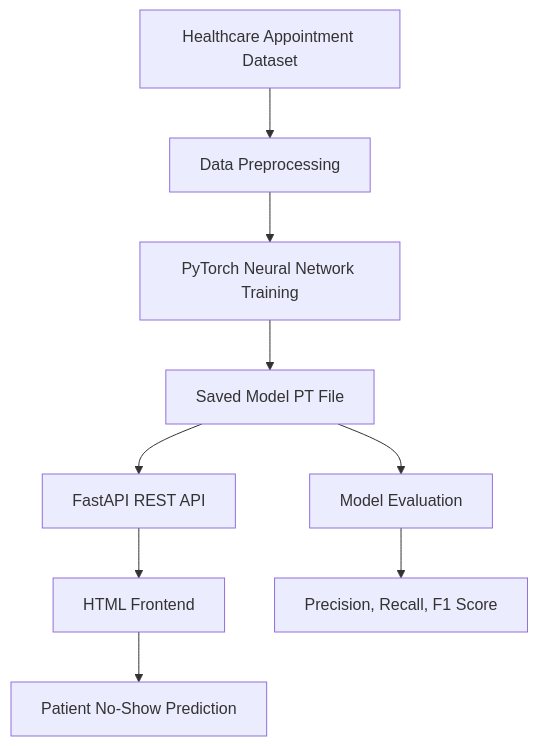
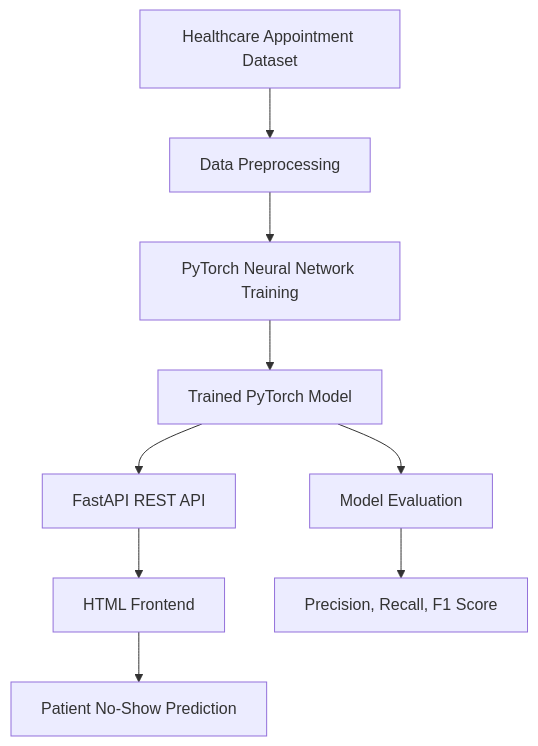
One commit to loveLaceLogic/noshow-predictor-pytorch changed the diagram in README.md. Above: the diagram before and after it, drawn with Mermaid. The commit also changed other lines of this file, not shown here.

````diff
--- a/README.md
+++ b/README.md
@@ -75,13 +106,13 @@
 ```mermaid
 flowchart TD
     A["Healthcare Appointment Dataset"] --> B["Data Preprocessing"]
     B --> C["PyTorch Neural Network Training"]
-    C --> D["Saved Model PT File"]
+    C --> D["Trained PyTorch Model"]
 
     D --> E["FastAPI REST API"]
     E --> F["HTML Frontend"]
     F --> G["Patient No-Show Prediction"]
 
     D --> H["Model Evaluation"]
     H --> I["Precision, Recall, F1 Score"]
 ```
````
